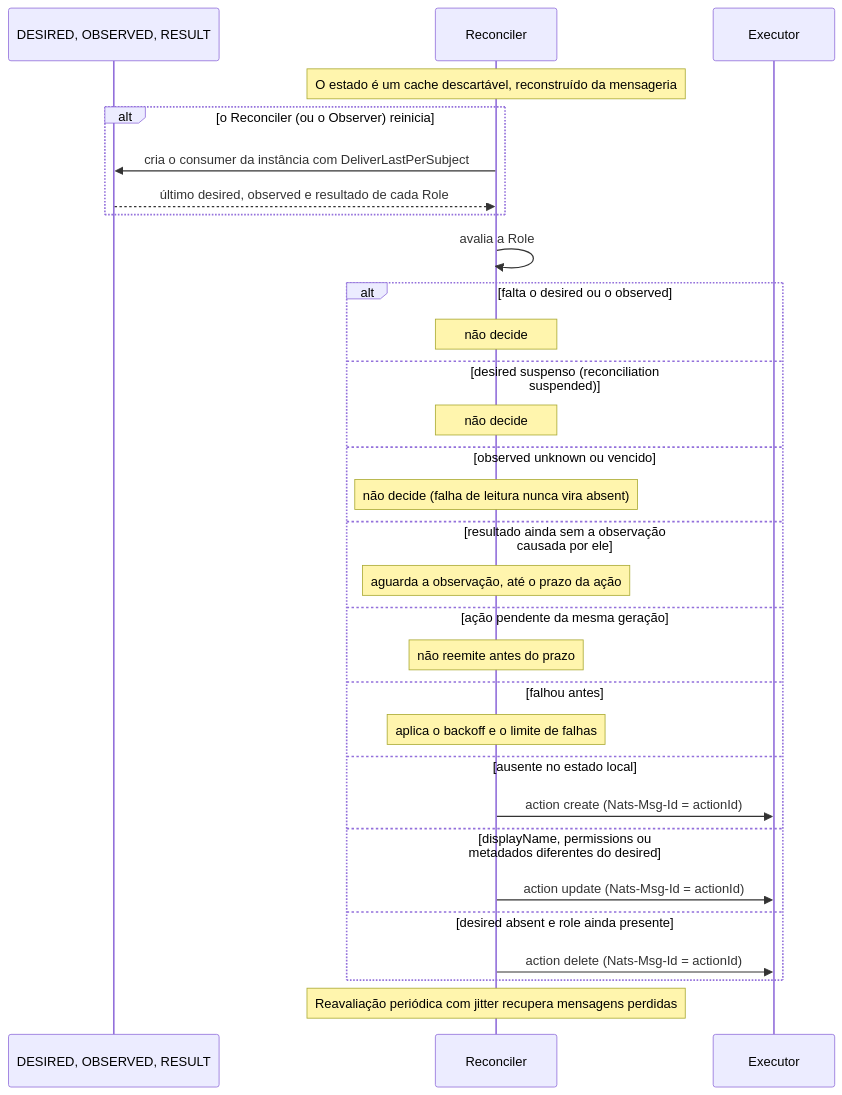
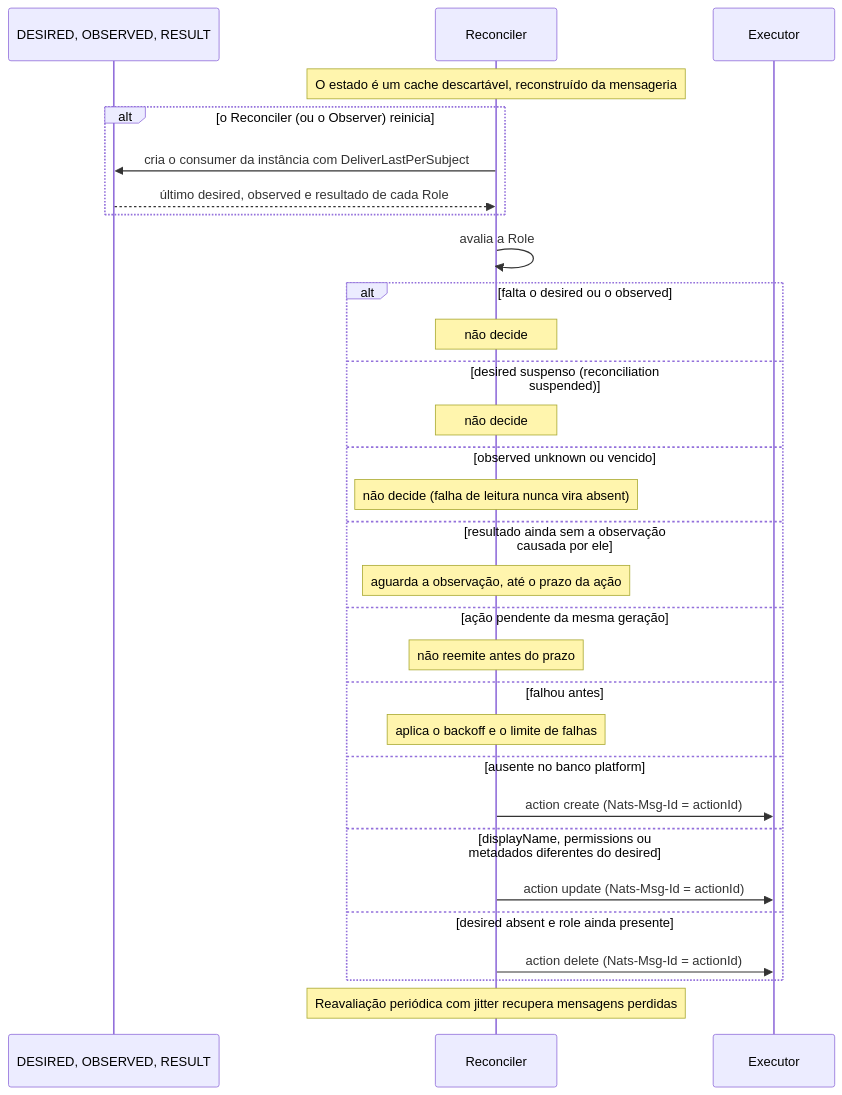
Before and after one commit to danielsabatini/smarkee: the diagram in features/ipm/role/docs/flow/05-falhas-na-reconciliacao.mmd, drawn with Mermaid. The commit also changed 41 other files, not shown here.

Commit message:
feat(ipm): ipm/role usa o banco platform como plano de dados multi-tenant (decisao 0086)

```diff
--- a/features/ipm/role/docs/flow/05-falhas-na-reconciliacao.mmd
+++ b/features/ipm/role/docs/flow/05-falhas-na-reconciliacao.mmd
@@ -1,30 +1,30 @@
 sequenceDiagram
   participant D as DESIRED, OBSERVED, RESULT
   participant REC as Reconciler
   participant EX as Executor
   Note over REC: O estado é um cache descartável, reconstruído da mensageria
   alt o Reconciler (ou o Observer) reinicia
     REC->>D: cria o consumer da instância com DeliverLastPerSubject
     D-->>REC: último desired, observed e resultado de cada Role
   end
   REC->>REC: avalia a Role
   alt falta o desired ou o observed
     Note over REC: não decide
   else desired suspenso (reconciliation suspended)
     Note over REC: não decide
   else observed unknown ou vencido
     Note over REC: não decide (falha de leitura nunca vira absent)
   else resultado ainda sem a observação causada por ele
     Note over REC: aguarda a observação, até o prazo da ação
   else ação pendente da mesma geração
     Note over REC: não reemite antes do prazo
   else falhou antes
     Note over REC: aplica o backoff e o limite de falhas
-  else ausente no estado local
+  else ausente no banco platform
     REC->>EX: action create (Nats-Msg-Id = actionId)
   else displayName, permissions ou metadados diferentes do desired
     REC->>EX: action update (Nats-Msg-Id = actionId)
   else desired absent e role ainda presente
     REC->>EX: action delete (Nats-Msg-Id = actionId)
   end
   Note over REC: Reavaliação periódica com jitter recupera mensagens perdidas
```
